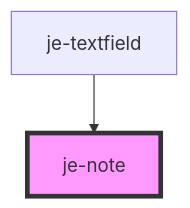
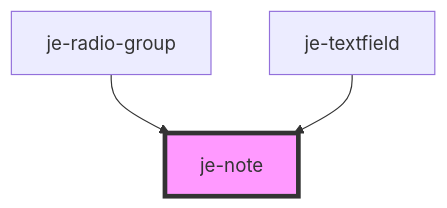
Before and after one commit to pgreen00/jebamo: the diagram in packages/docs/docs/components/je-note/readme.md, drawn with Mermaid. The commit also changed other lines of this file and 39 other files, not shown here.

````diff
--- a/packages/docs/docs/components/je-note/readme.md
+++ b/packages/docs/docs/components/je-note/readme.md
@@ -22,5 +23,6 @@
 ```mermaid
 graph TD;
+  je-radio-group --> je-note
   je-textfield --> je-note
   style je-note fill:#f9f,stroke:#333,stroke-width:4px
 ```
````
